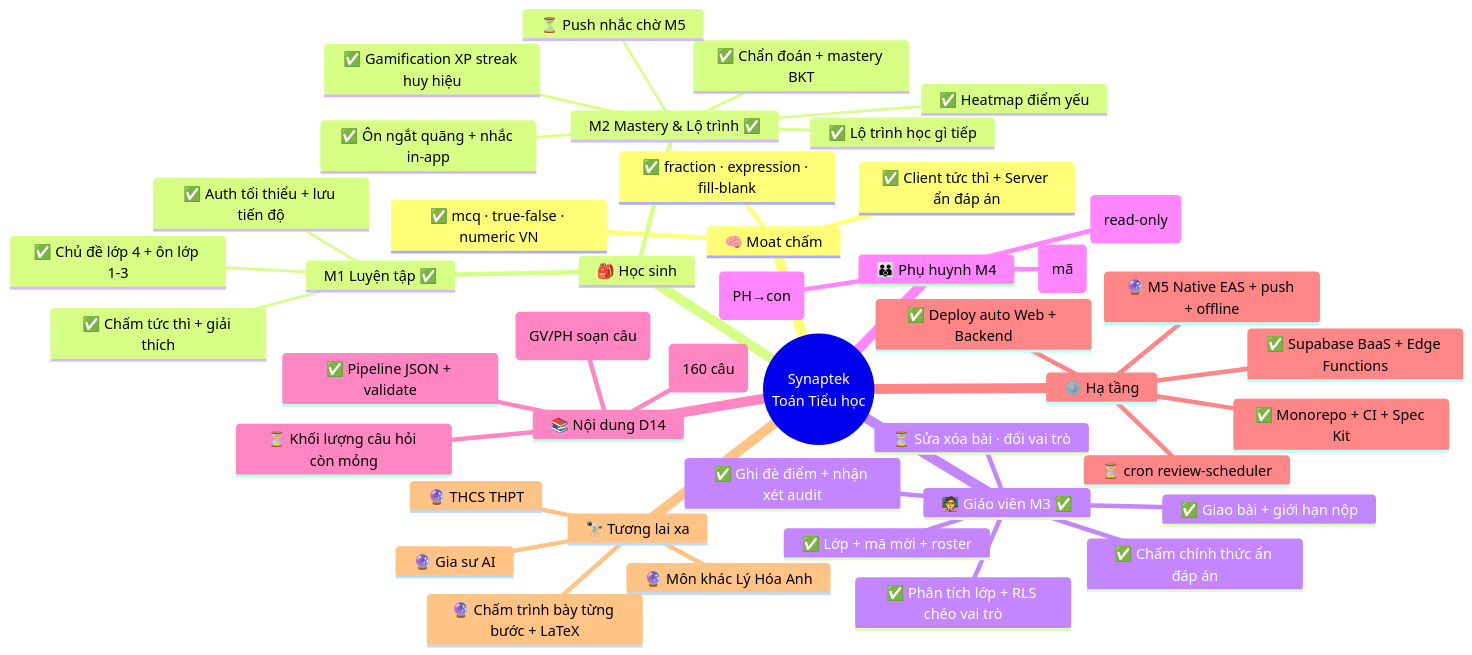
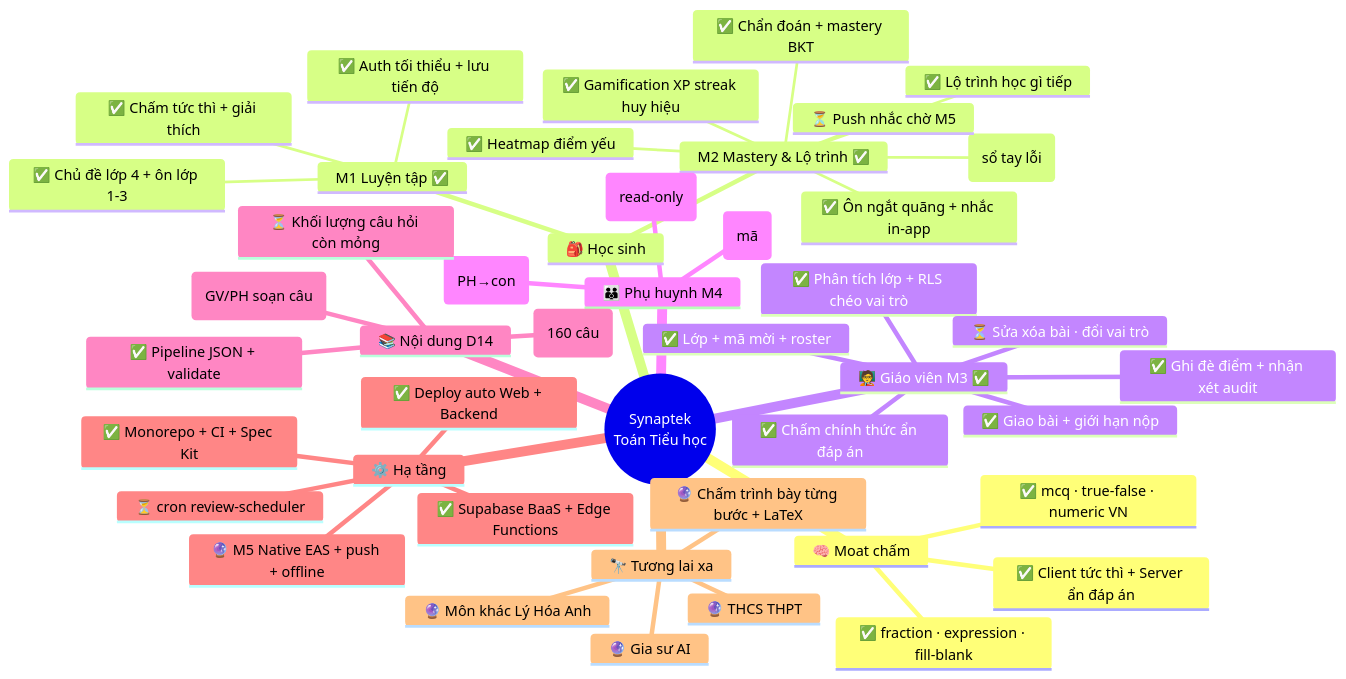
One commit to hoanghainh1188/synaptek changed the first of 2 diagrams in docs/FEATURE-MAP.md. Above: the diagram before and after it, drawn with Mermaid. The commit also changed other lines of this file and 7 other files, not shown here.

First line of the commit message:
feat: ôn lại câu sai — đóng vòng "khắc phục điểm yếu" (#29)

````diff
--- a/docs/FEATURE-MAP.md
+++ b/docs/FEATURE-MAP.md
@@ -8,47 +8,48 @@
 ```mermaid
 mindmap
   root((Synaptek<br/>Toán Tiểu học))
     🧠 Moat chấm
       ✅ mcq · true-false · numeric VN
       ✅ fraction · expression · fill-blank
       ✅ Client tức thì + Server ẩn đáp án
     🎒 Học sinh
       M1 Luyện tập ✅
         ✅ Chủ đề lớp 4 + ôn lớp 1-3
         ✅ Chấm tức thì + giải thích
         ✅ Auth tối thiểu + lưu tiến độ
       M2 Mastery & Lộ trình ✅
         ✅ Chẩn đoán + mastery BKT
         ✅ Lộ trình học gì tiếp
         ✅ Heatmap điểm yếu
         ✅ Gamification XP streak huy hiệu
         ✅ Ôn ngắt quãng + nhắc in-app
+        ✅ Ôn lại câu sai (sổ tay lỗi)
         ⏳ Push nhắc chờ M5
     🧑‍🏫 Giáo viên M3 ✅
       ✅ Lớp + mã mời + roster
       ✅ Giao bài + giới hạn nộp
       ✅ Chấm chính thức ẩn đáp án
       ✅ Ghi đè điểm + nhận xét audit
       ✅ Phân tích lớp + RLS chéo vai trò
       ⏳ Sửa xóa bài · đổi vai trò
     👪 Phụ huynh M4
       ✅ Liên kết phụ huynh - con (mã)
       ✅ Theo dõi tiến độ con (read-only)
       ✅ Giao bài tại nhà (PH→con)
     📚 Nội dung D14
       ✅ Pipeline JSON + validate
       ⏳ Khối lượng câu hỏi còn mỏng
       ✅ Authoring UI (GV/PH soạn câu)
       ✅ Nội dung lớp 1-5 (160 câu)
     ⚙️ Hạ tầng
       ✅ Monorepo + CI + Spec Kit
       ✅ Supabase BaaS + Edge Functions
       ✅ Deploy auto Web + Backend
       ⏳ cron review-scheduler
       🔮 M5 Native EAS + push + offline
     🔭 Tương lai xa
       🔮 THCS THPT
       🔮 Môn khác Lý Hóa Anh
       🔮 Chấm trình bày từng bước + LaTeX
       🔮 Gia sư AI
 ```
````
